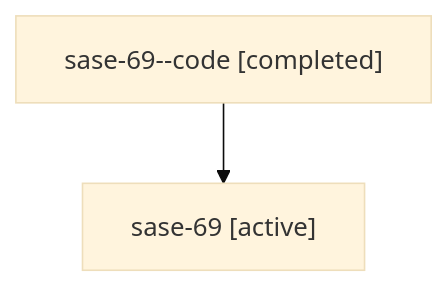
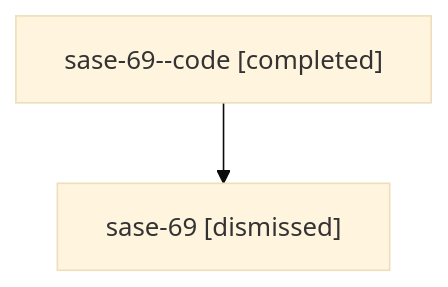
One commit to sase-org/sase--agents changed the diagram in sessions/bbugyi200.athena.sase-69.md. Above: the diagram before and after it, drawn with Mermaid (base theme). The commit also changed other lines of this file and 23 other files, not shown here.

````diff
--- a/sessions/bbugyi200.athena.sase-69.md
+++ b/sessions/bbugyi200.athena.sase-69.md
@@ -9,6 +9,6 @@
 ```mermaid
 flowchart TD
   n0["sase-69--code [completed]"]
-  n1["sase-69 [active]"]
+  n1["sase-69 [dismissed]"]
   n0 --> n1
 ```
````
